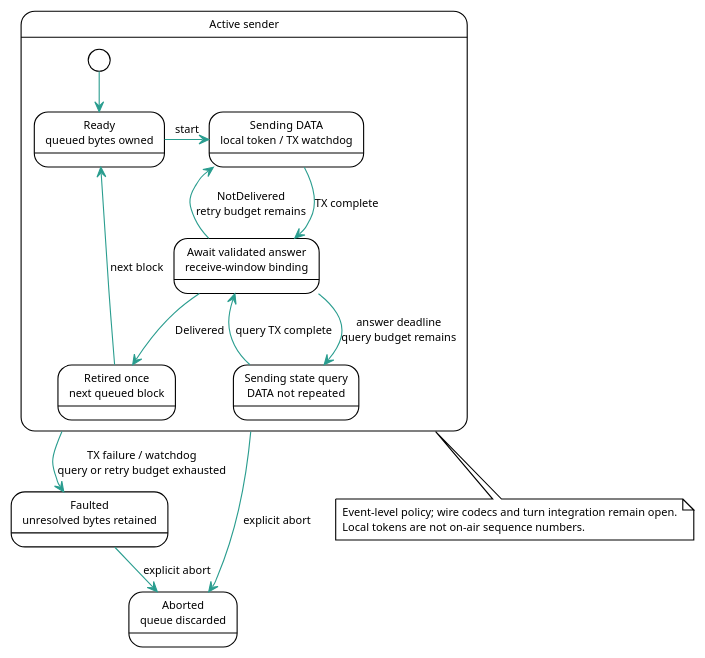
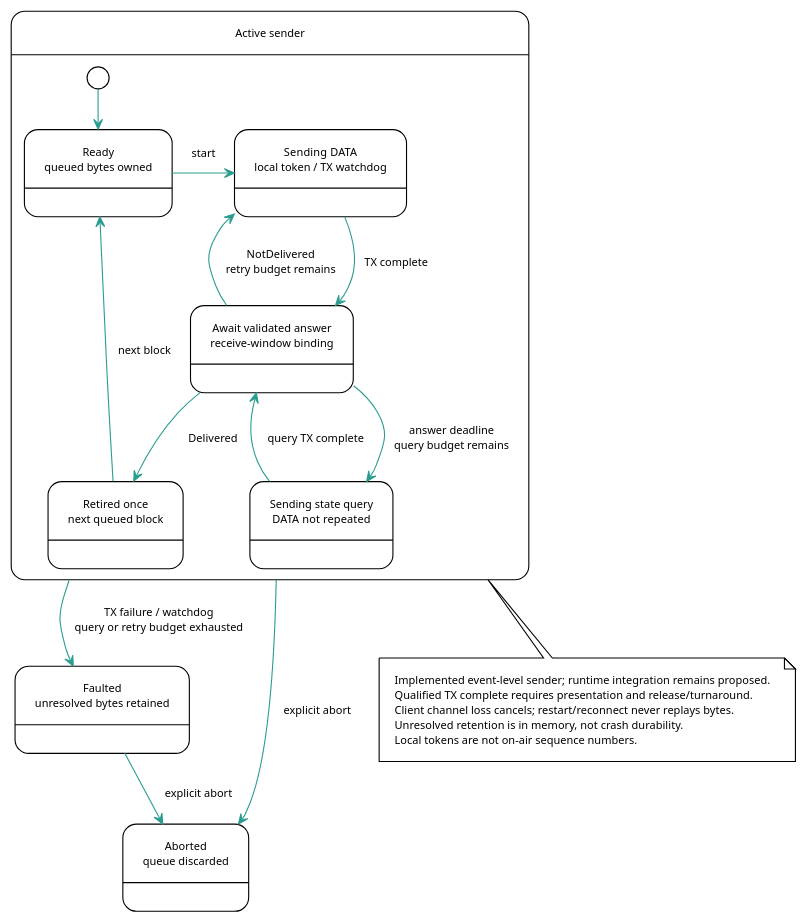
One commit to 8r4n/linkwise changed the diagram in docs/whitepaper/diagrams/modem-recovery-state.puml. Above: the diagram before and after it, drawn with PlantUML. The commit also changed 39 other files, not shown here.

```diff
--- a/docs/whitepaper/diagrams/modem-recovery-state.puml
+++ b/docs/whitepaper/diagrams/modem-recovery-state.puml
@@ -1,36 +1,40 @@
 @startuml Linkwise_Modem_Recovery
 !theme plain
 skinparam backgroundColor #FFFFFF
 skinparam shadowing false
+skinparam Padding 8
 skinparam defaultFontName "Latin Modern Roman"
 skinparam defaultFontSize 10
 skinparam ArrowColor #2A9D8F
 skinparam packageStyle rectangle
 skinparam nodesep 20
 skinparam ranksep 25
 top to bottom direction
 state "Active sender" as Active {
  state "Ready\nqueued bytes owned" as Ready
  state "Sending DATA\nlocal token / TX watchdog" as Sending
  state "Await validated answer\nreceive-window binding" as Waiting
  state "Sending state query\nDATA not repeated" as Query
  state "Retired once\nnext queued block" as Acked
  [*] --> Ready
  Ready -right-> Sending : start
  Sending -right-> Waiting : TX complete
  Waiting --> Acked : Delivered
  Acked --> Ready : next block
  Waiting --> Sending : NotDelivered\nretry budget remains
  Waiting --> Query : answer deadline\nquery budget remains
  Query --> Waiting : query TX complete
 }
 state "Faulted\nunresolved bytes retained" as Fault
 state "Aborted\nqueue discarded" as Abort
 Active --> Fault : TX failure / watchdog\nquery or retry budget exhausted
 Active --> Abort : explicit abort
 Fault --> Abort : explicit abort
 note bottom of Active
- Event-level policy; wire codecs and turn integration remain open.
+ Implemented event-level sender; runtime integration remains proposed.
+ Qualified TX complete requires presentation and release/turnaround.
+ Client channel loss cancels; restart/reconnect never replays bytes.
+ Unresolved retention is in memory, not crash durability.
  Local tokens are not on-air sequence numbers.
 end note
 @enduml
```
